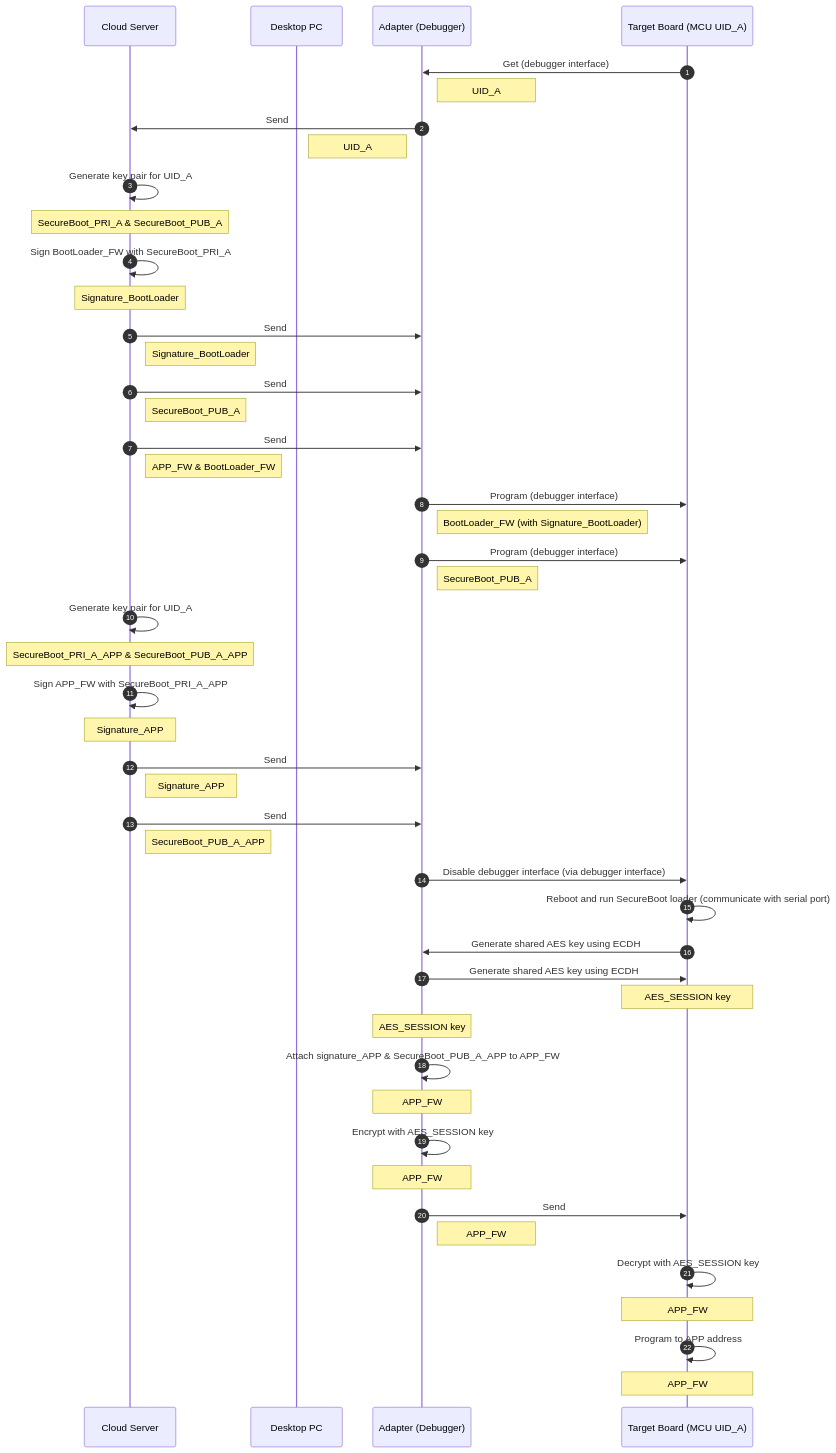
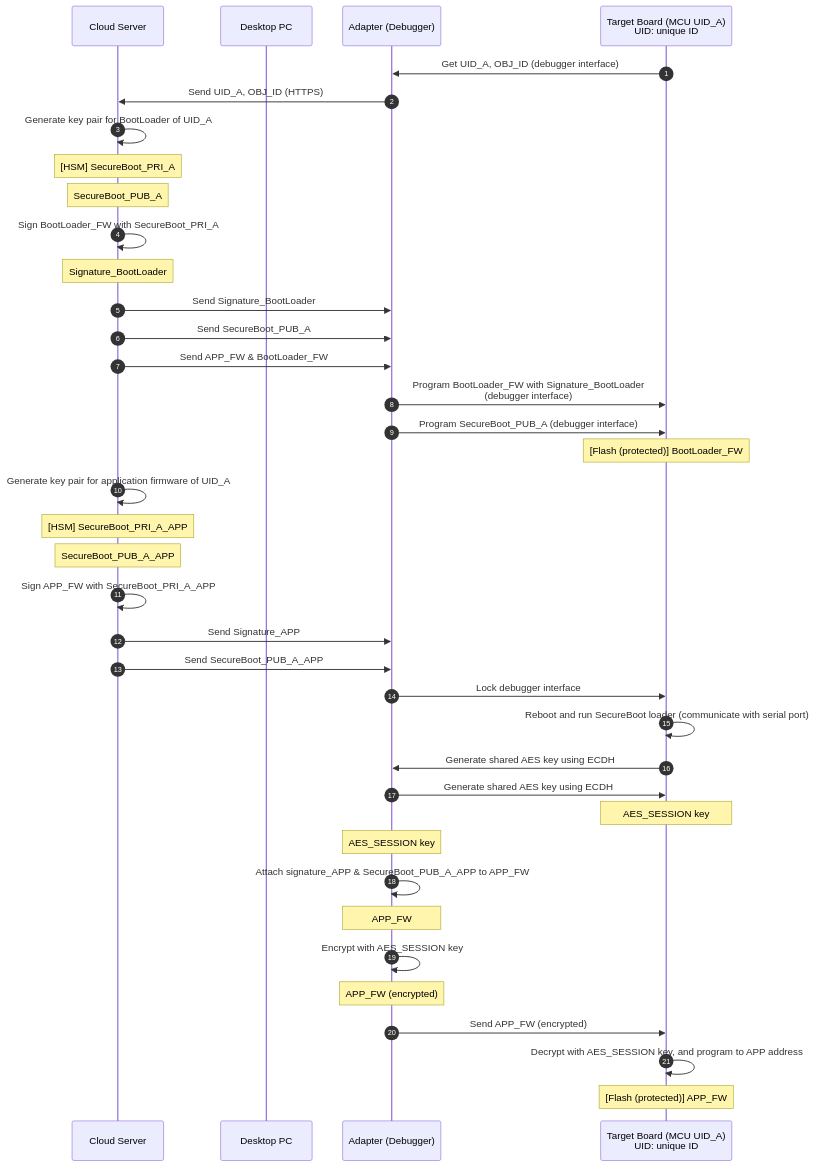
The diagram in 5. firmware_attestation.md (ccma1120/NuSEC_System), drawn with Mermaid before and after one commit.

Commit message:
Update 5. firmware_attestation.md

````diff
--- a/5. firmware_attestation.md
+++ b/5. firmware_attestation.md
@@ -1,53 +1,45 @@
 ```mermaid
 sequenceDiagram
     autonumber
     participant c as Cloud Server
     participant d as Desktop PC
     participant a as Adapter (Debugger)
-    participant t as Target Board (MCU UID_A)
-    t ->> a : Get (debugger interface)
-    Note right of a: UID_A
-    a ->> c : Send
-    Note left of a: UID_A
-    c ->> c : Generate key pair for UID_A
-    Note over c : SecureBoot_PRI_A & SecureBoot_PUB_A
+    participant t as Target Board (MCU UID_A) <br/>UID: unique ID
+    t ->> a : Get UID_A, OBJ_ID (debugger interface)
+    a ->> c : Send UID_A, OBJ_ID (HTTPS)
+    c ->> c : Generate key pair for BootLoader of UID_A
+    Note over c : [HSM] SecureBoot_PRI_A 
+    Note over c : SecureBoot_PUB_A
     c ->> c : Sign BootLoader_FW with SecureBoot_PRI_A
     Note over c : Signature_BootLoader
-    c ->> a : Send
-    Note right of c : Signature_BootLoader
-    c ->> a : Send
-    Note right of c : SecureBoot_PUB_A
-    c ->> a : Send
-    Note right of c : APP_FW & BootLoader_FW
-    a ->> t : Program (debugger interface)
-    Note right of a : BootLoader_FW (with Signature_BootLoader)
-    a ->> t : Program (debugger interface)
-    Note right of a : SecureBoot_PUB_A
-    c ->> c : Generate key pair for UID_A
-    Note over c : SecureBoot_PRI_A_APP & SecureBoot_PUB_A_APP
+    c ->> a : Send Signature_BootLoader
+    c ->> a : Send SecureBoot_PUB_A
+    c ->> a : Send APP_FW & BootLoader_FW
+    a ->> t : Program BootLoader_FW with Signature_BootLoader <br/>(debugger interface)
+    a ->> t : Program SecureBoot_PUB_A (debugger interface)
+    Note over t: [Flash (protected)] BootLoader_FW 
+
+    c ->> c : Generate key pair for application firmware of UID_A
+    Note over c : [HSM] SecureBoot_PRI_A_APP 
+    Note over c : SecureBoot_PUB_A_APP
     c ->> c : Sign APP_FW with SecureBoot_PRI_A_APP
-    Note over c : Signature_APP
-    c ->> a : Send
-    Note right of c : Signature_APP
-    c ->> a : Send
-    Note right of c : SecureBoot_PUB_A_APP
-    a ->> t : Disable debugger interface (via debugger interface)
+    c ->> a : Send Signature_APP
+    c ->> a : Send SecureBoot_PUB_A_APP
+    a ->> t : Lock debugger interface 
     t ->> t : Reboot and run SecureBoot loader (communicate with serial port)
     
     %% ECDH
     t ->> a: Generate shared AES key using ECDH
     a ->> t: Generate shared AES key using ECDH
     Note over t: AES_SESSION key
     Note over a: AES_SESSION key
 
     a ->> a: Attach signature_APP & SecureBoot_PUB_A_APP to APP_FW
     Note over a: APP_FW
     a ->> a: Encrypt with AES_SESSION key
-    Note over a: APP_FW
-    a ->> t: Send
-    Note right of a: APP_FW
-    t ->> t: Decrypt with AES_SESSION key
-    Note over t: APP_FW
-    t ->> t: Program to APP address
-    Note over t: APP_FW
+    Note over a: APP_FW (encrypted)
+    a ->> t: Send APP_FW (encrypted)
+    t ->> t: Decrypt with AES_SESSION key, and program to APP address
+    Note over t: [Flash (protected)] APP_FW
+
 ```
````
